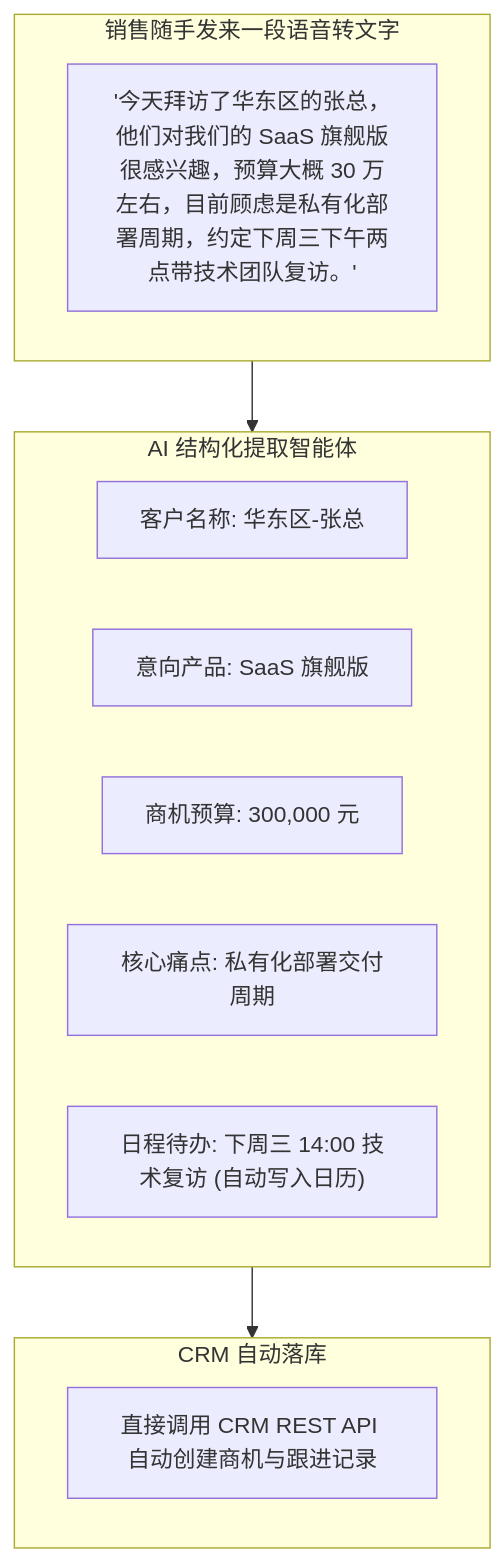
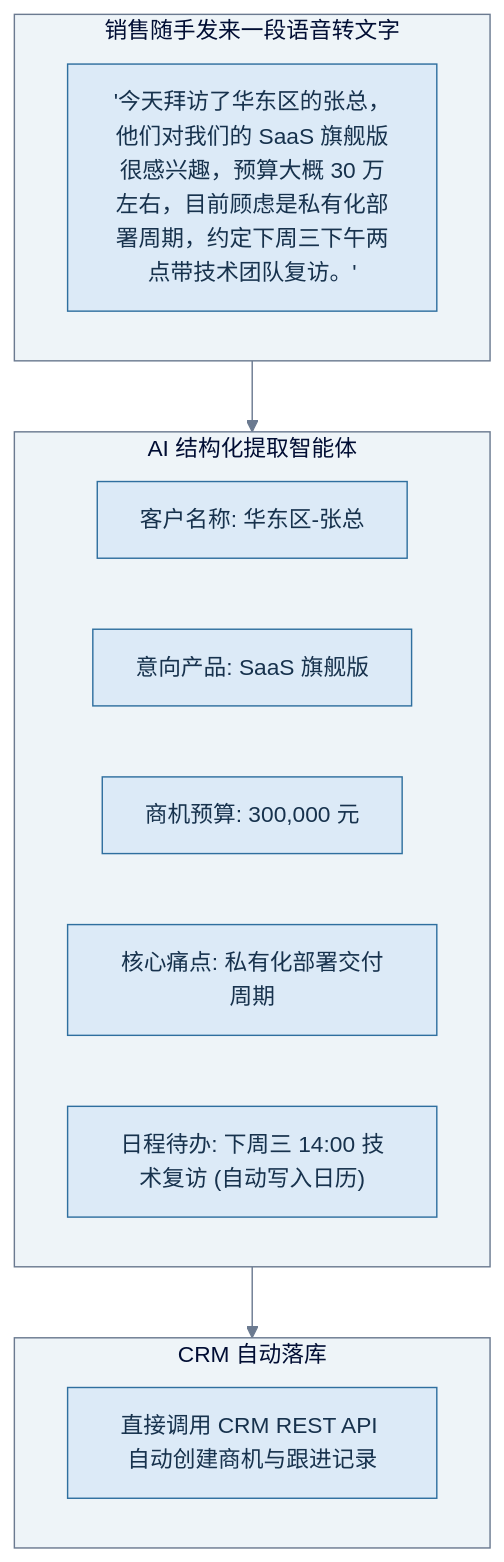
The diagram in 12_如何做一个自己的项目/img/diagrams/02-diagram-03.mmd (buffer121328/vibe-coding-and-agents), drawn with Mermaid before and after one commit. The commit also changed 124 other files, not shown here.

Commit message:
docs: 润色第十至第十四章并统一图表配色

```diff
--- a/12_如何做一个自己的项目/img/diagrams/02-diagram-03.mmd
+++ b/12_如何做一个自己的项目/img/diagrams/02-diagram-03.mmd
@@ -1,18 +1,19 @@
+%%{init: {"theme":"base","themeVariables":{"background":"#F8FAFC","primaryColor":"#DCEAF7","primaryTextColor":"#17324D","primaryBorderColor":"#2F6F9F","lineColor":"#6B7A90","secondaryColor":"#DDF3F0","tertiaryColor":"#FFF2CC","clusterBkg":"#EEF4F8","clusterBorder":"#6B7A90","edgeLabelBackground":"#F8FAFC","fontFamily":"Noto Sans SC, Inter, Arial"}}}%%
 graph TD
     subgraph Input ["销售随手发来一段语音转文字"]
         S1["'今天拜访了华东区的张总，他们对我们的 SaaS 旗舰版很感兴趣，预算大概 30 万左右，目前顾虑是私有化部署周期，约定下周三下午两点带技术团队复访。'"]
     end
 
     subgraph Extraction ["AI 结构化提取智能体"]
         E1["客户名称: 华东区-张总"]
         E2["意向产品: SaaS 旗舰版"]
         E3["商机预算: 300,000 元"]
         E4["核心痛点: 私有化部署交付周期"]
         E5["日程待办: 下周三 14:00 技术复访 (自动写入日历)"]
     end
 
     subgraph AutoFill ["CRM 自动落库"]
         DB["直接调用 CRM REST API 自动创建商机与跟进记录"]
     end
 
     Input --> Extraction --> AutoFill
```
